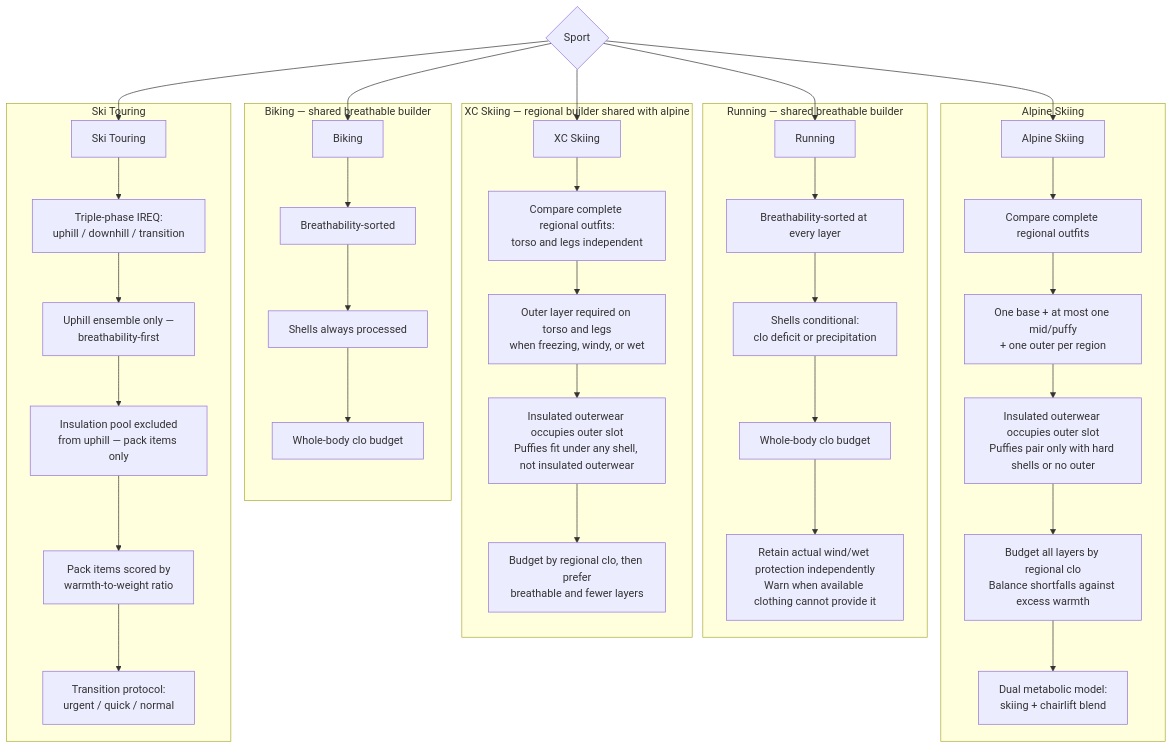
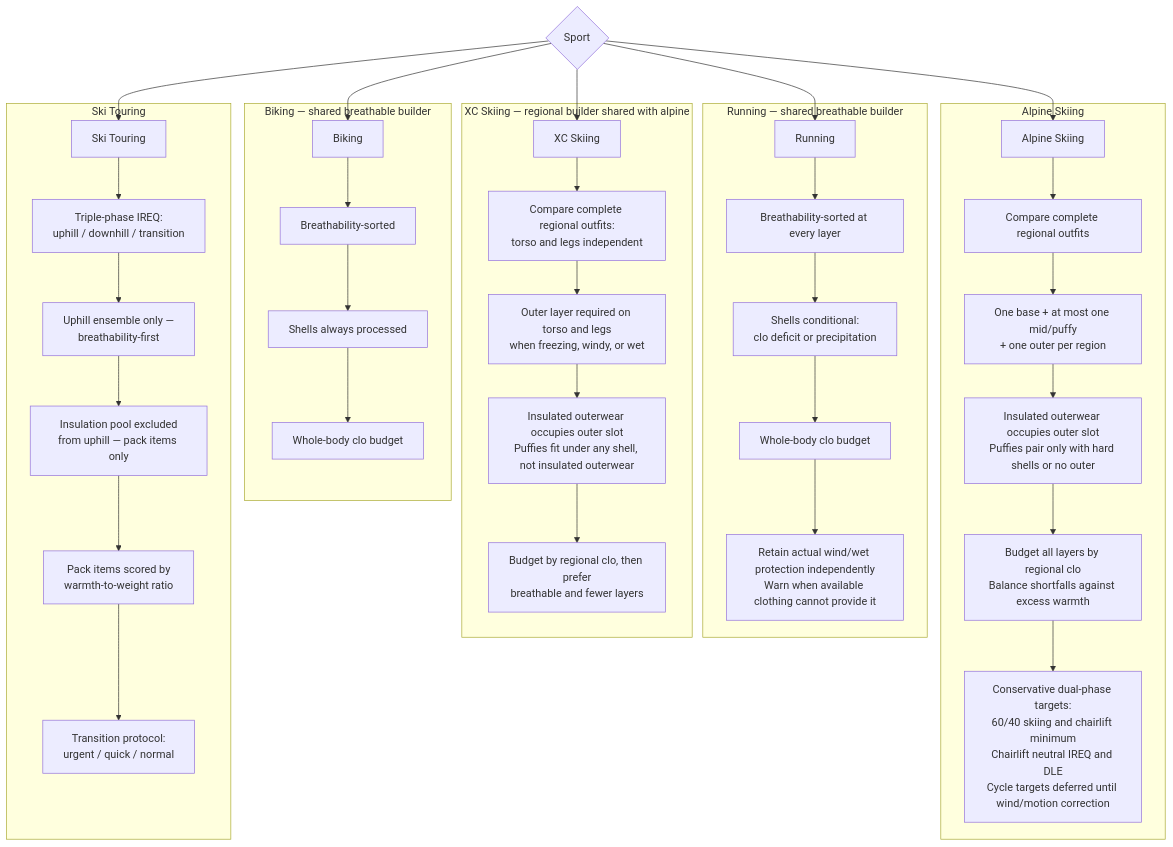
The fourth of 7 diagrams in README.md (derobertsw/swttr), drawn with Mermaid before and after one commit. The commit also changed other lines of this file and 5 other files, not shown here.

````diff
--- a/README.md
+++ b/README.md
@@ -177,44 +177,44 @@
 ```mermaid
 graph TD
     SPORT{Sport} --> RUN[Running]
     SPORT --> BIKE[Biking]
     SPORT --> ALP[Alpine Skiing]
     SPORT --> XC[XC Skiing]
     SPORT --> TOUR[Ski Touring]
 
     subgraph "Running — shared breathable builder"
         RUN --> R1[Breathability-sorted at every layer]
         R1 --> R2[Shells conditional:<br/>clo deficit or precipitation]
         R2 --> R3[Whole-body clo budget]
         R3 --> R4[Retain actual wind/wet protection independently<br/>Warn when available clothing cannot provide it]
     end
 
     subgraph "Biking — shared breathable builder"
         BIKE --> B1[Breathability-sorted]
         B1 --> B2[Shells always processed]
         B2 --> B3[Whole-body clo budget]
     end
 
     subgraph "Alpine Skiing"
         ALP --> A1[Compare complete regional outfits]
         A1 --> A2[One base + at most one mid/puffy<br/>+ one outer per region]
         A2 --> A3[Insulated outerwear occupies outer slot<br/>Puffies pair only with hard shells or no outer]
         A3 --> A4[Budget all layers by regional clo<br/>Balance shortfalls against excess warmth]
-        A4 --> A5[Dual metabolic model:<br/>skiing + chairlift blend]
+        A4 --> A5[Conservative dual-phase targets:<br/>60/40 skiing and chairlift minimum<br/>Chairlift neutral IREQ and DLE<br/>Cycle targets deferred until wind/motion correction]
     end
 
     subgraph "XC Skiing — regional builder shared with alpine"
         XC --> X1[Compare complete regional outfits:<br/>torso and legs independent]
         X1 --> X2[Outer layer required on torso and legs<br/>when freezing, windy, or wet]
         X2 --> X3[Insulated outerwear occupies outer slot<br/>Puffies fit under any shell, not insulated outerwear]
         X3 --> X4[Budget by regional clo, then prefer<br/>breathable and fewer layers]
     end
 
     subgraph "Ski Touring"
         TOUR --> T1a[Triple-phase IREQ:<br/>uphill / downhill / transition]
         T1a --> T2a[Uphill ensemble only —<br/>breathability-first]
         T2a --> T3a[Insulation pool excluded<br/>from uphill — pack items only]
         T3a --> T4a[Pack items scored by<br/>warmth-to-weight ratio]
         T4a --> T5a[Transition protocol:<br/>urgent / quick / normal]
     end
 ```
````
